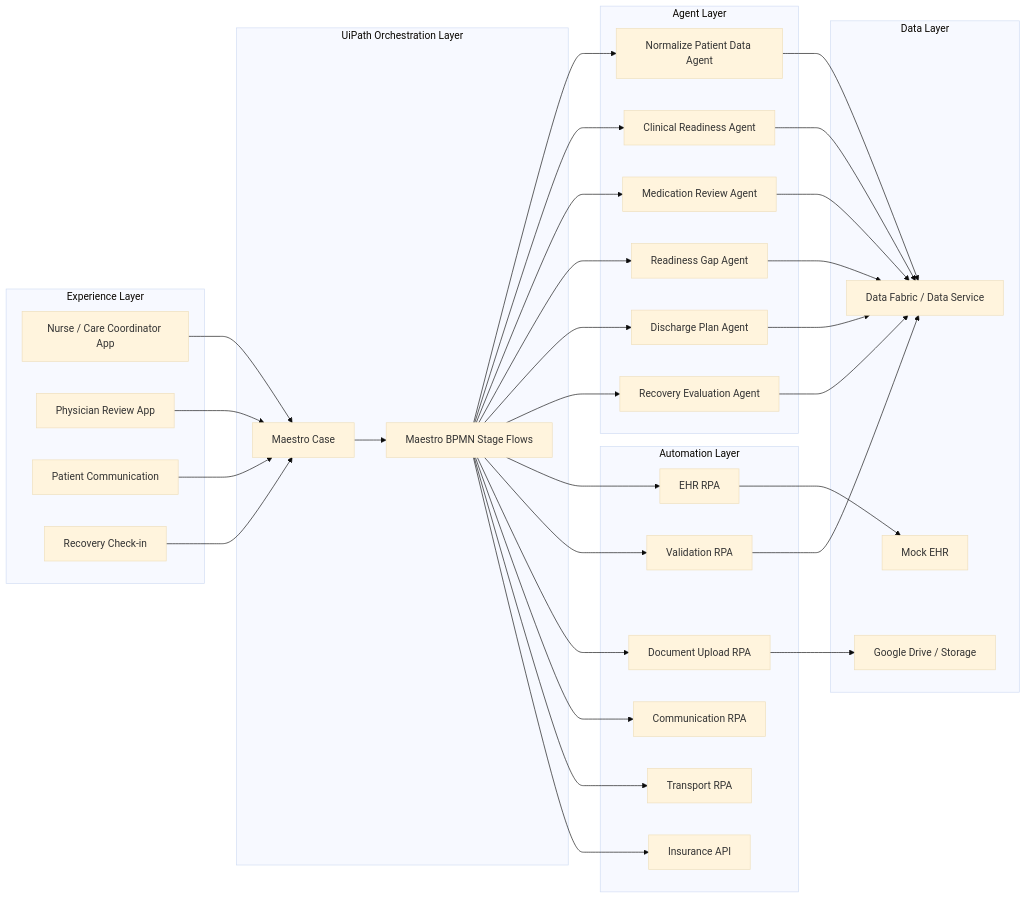
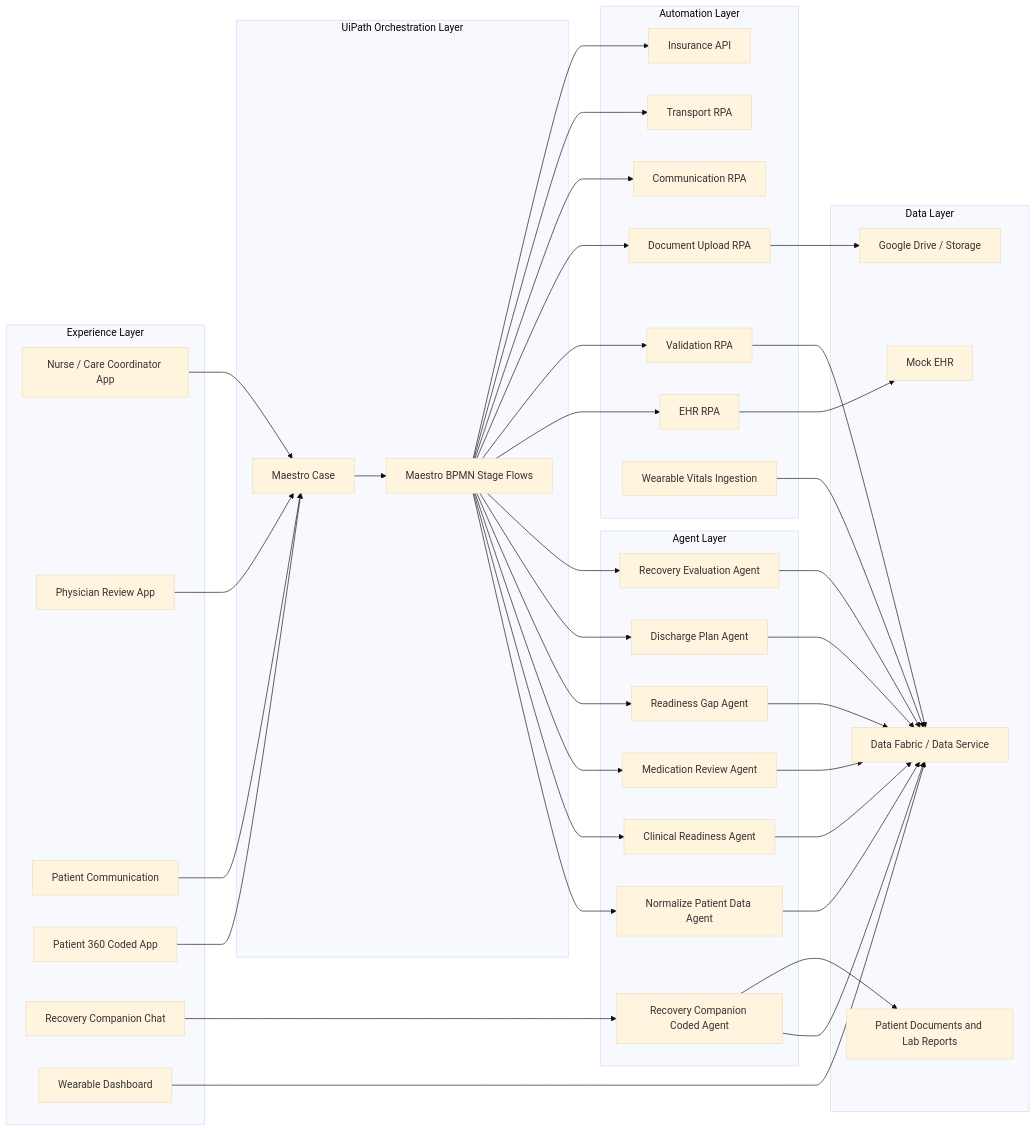
Before and after one commit to vinolivan/CareBridgeAI: the second of 2 diagrams in README.md, drawn with Mermaid (base theme). The commit also changed other lines of this file, not shown here.

````diff
--- a/README.md
+++ b/README.md
@@ -291,65 +533,75 @@
 ```mermaid
 flowchart LR
     subgraph Experience[Experience Layer]
         A[Nurse / Care Coordinator App]
         B[Physician Review App]
         C[Patient Communication]
-        D[Recovery Check-in]
+        D[Patient 360 Coded App]
+        E[Recovery Companion Chat]
+        F[Wearable Dashboard]
     end
 
     subgraph Orchestration[UiPath Orchestration Layer]
-        E[Maestro Case]
-        F[Maestro BPMN Stage Flows]
+        G[Maestro Case]
+        H[Maestro BPMN Stage Flows]
     end
 
     subgraph Intelligence[Agent Layer]
-        G[Normalize Patient Data Agent]
-        H[Clinical Readiness Agent]
-        I[Medication Review Agent]
-        J[Readiness Gap Agent]
-        K[Discharge Plan Agent]
-        L[Recovery Evaluation Agent]
+        I[Normalize Patient Data Agent]
+        J[Clinical Readiness Agent]
+        K[Medication Review Agent]
+        L[Readiness Gap Agent]
+        M[Discharge Plan Agent]
+        N[Recovery Companion Coded Agent]
+        O[Recovery Evaluation Agent]
     end
 
     subgraph Automation[Automation Layer]
-        M[EHR RPA]
-        N[Validation RPA]
-        O[Document Upload RPA]
-        P[Communication RPA]
-        Q[Transport RPA]
-        R[Insurance API]
+        P[EHR RPA]
+        Q[Validation RPA]
+        R[Document Upload RPA]
+        S[Communication RPA]
+        T[Transport RPA]
+        U[Insurance API]
+        V[Wearable Vitals Ingestion]
     end
 
     subgraph Data[Data Layer]
-        S[Mock EHR]
-        T[Data Fabric / Data Service]
-        U[Google Drive / Storage]
+        W[Mock EHR]
+        X[Data Fabric / Data Service]
+        Y[Google Drive / Storage]
+        Z[Patient Documents and Lab Reports]
     end
 
-    A --> E
-    B --> E
-    C --> E
-    D --> E
-    E --> F
-    F --> G
-    F --> H
-    F --> I
-    F --> J
-    F --> K
-    F --> L
-    F --> M
-    F --> N
-    F --> O
-    F --> P
-    F --> Q
-    F --> R
-    M --> S
-    N --> T
-    O --> U
-    G --> T
+    A --> G
+    B --> G
+    C --> G
+    D --> G
+    E --> N
+    F --> X
+    G --> H
+    H --> I
+    H --> J
+    H --> K
+    H --> L
+    H --> M
+    H --> O
+    N --> X
+    N --> Z
+    H --> P
+    H --> Q
+    H --> R
+    H --> S
     H --> T
-    I --> T
-    J --> T
-    K --> T
-    L --> T
+    H --> U
+    V --> X
+    P --> W
+    Q --> X
+    R --> Y
+    I --> X
+    J --> X
+    K --> X
+    L --> X
+    M --> X
+    O --> X
 ```
````
